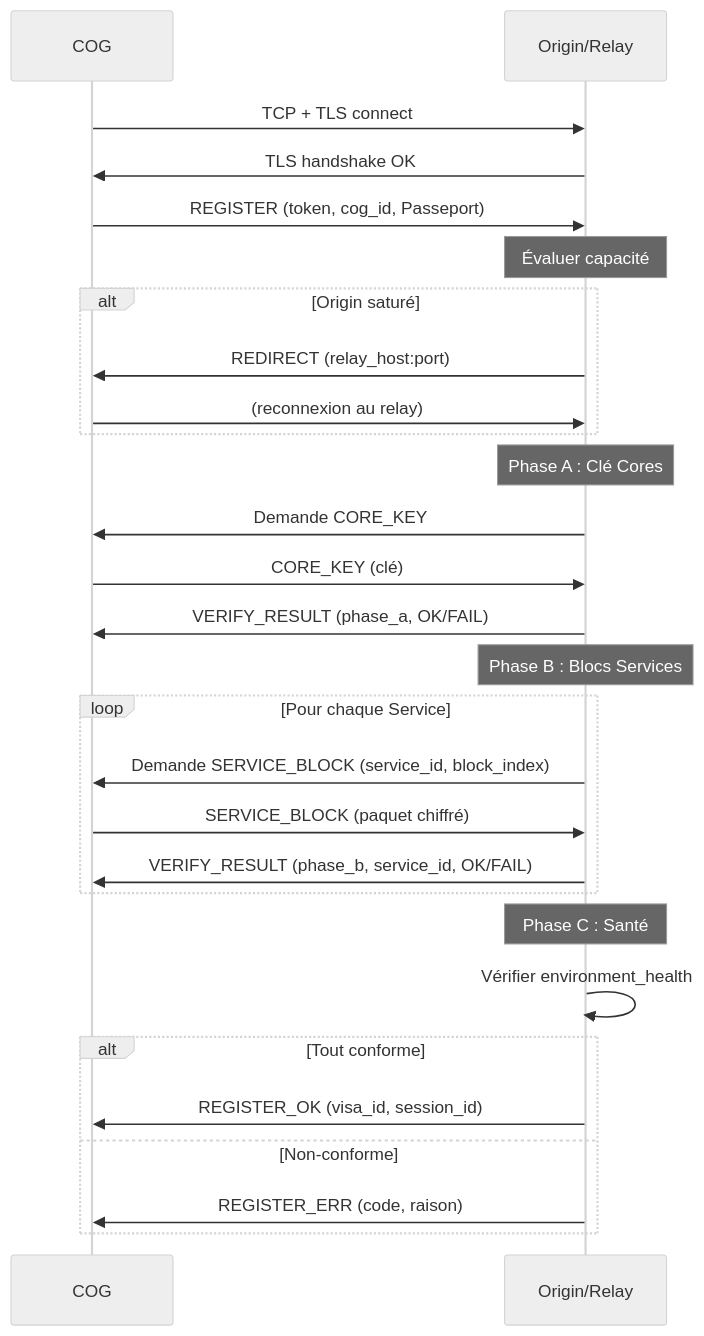
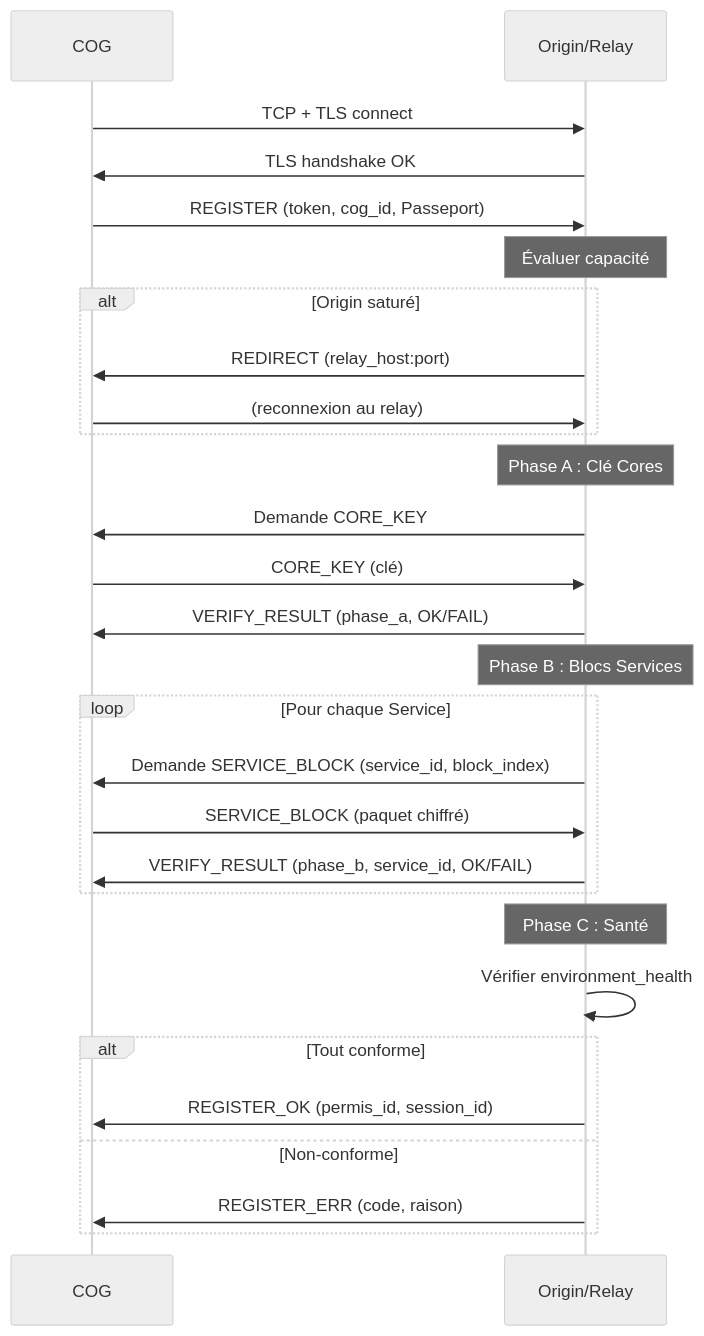
One commit to StudioMiyukini/miyukini_cog changed the diagram in docs/miyukini-webway-system/protocole/MWS - Protocole Relay.md. Above: the diagram before and after it, drawn with Mermaid (neutral theme). The commit also changed other lines of this file and 17 other files, not shown here.

````diff
--- a/docs/miyukini-webway-system/protocole/MWS - Protocole Relay.md
+++ b/docs/miyukini-webway-system/protocole/MWS - Protocole Relay.md
@@ -98,36 +98,36 @@
 ```mermaid
 sequenceDiagram
     participant COG as COG
     participant O as Origin/Relay
 
     COG->>O: TCP + TLS connect
     O->>COG: TLS handshake OK
 
     COG->>O: REGISTER (token, cog_id, Passeport)
     Note over O: Évaluer capacité
     alt Origin saturé
         O->>COG: REDIRECT (relay_host:port)
         COG->>O: (reconnexion au relay)
     end
 
     Note over O: Phase A : Clé Cores
     O->>COG: Demande CORE_KEY
     COG->>O: CORE_KEY (clé)
     O->>COG: VERIFY_RESULT (phase_a, OK/FAIL)
 
     Note over O: Phase B : Blocs Services
     loop Pour chaque Service
         O->>COG: Demande SERVICE_BLOCK (service_id, block_index)
         COG->>O: SERVICE_BLOCK (paquet chiffré)
         O->>COG: VERIFY_RESULT (phase_b, service_id, OK/FAIL)
     end
 
     Note over O: Phase C : Santé
     O->>O: Vérifier environment_health
 
     alt Tout conforme
-        O->>COG: REGISTER_OK (visa_id, session_id)
+        O->>COG: REGISTER_OK (permis_id, session_id)
     else Non-conforme
         O->>COG: REGISTER_ERR (code, raison)
     end
 ```
````
